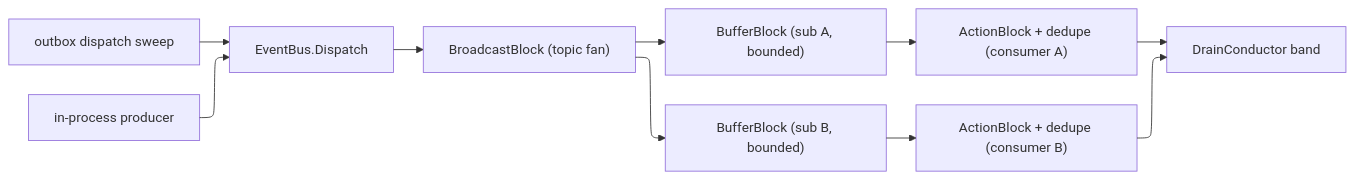
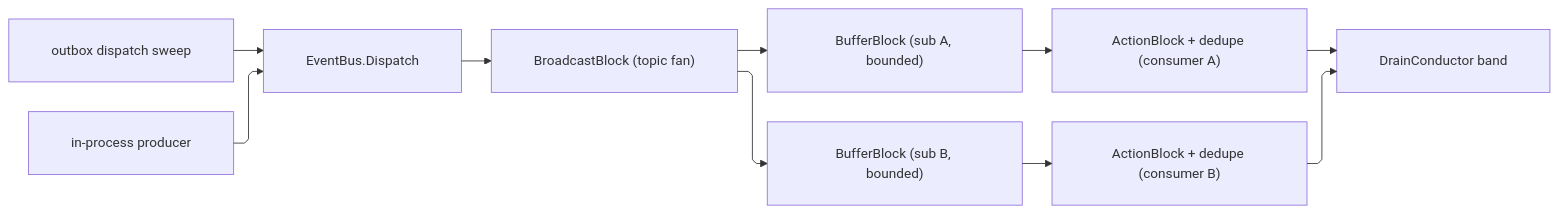
The diagram in libs/csharp/Rasm.AppHost/.planning/Wire/topics.md (bsamiee/Rasm), drawn with Mermaid before and after one commit. The commit also changed 66 other files, not shown here.

Commit message:
Pad the ELK config block onto every mermaid spec-sheet fence

````diff
--- a/libs/csharp/Rasm.AppHost/.planning/Wire/topics.md
+++ b/libs/csharp/Rasm.AppHost/.planning/Wire/topics.md
@@ -162,18 +162,21 @@
 ```mermaid
 ---
 config:
   layout: elk
+  flowchart:
+    curve: linear
+    padding: 25
 ---
 flowchart LR
     accTitle: One topic fan, bounded subscriptions, one drain
     accDescr: A DomainEvent posts to the topic BroadcastBlock fan; each subscription is a bounded BufferBlock feeding an ActionBlock consumer with dedupe; the outbox dispatch sweep and in-process producers both publish through EventBus.Dispatch; the bus drains under the runtime conductor.
     Sweep["outbox dispatch sweep"] --> Dispatch
     Producer["in-process producer"] --> Dispatch
     Dispatch["EventBus.Dispatch"] --> Fan["BroadcastBlock (topic fan)"]
     Fan --> Buf1["BufferBlock (sub A, bounded)"]
     Fan --> Buf2["BufferBlock (sub B, bounded)"]
     Buf1 --> Act1["ActionBlock + dedupe (consumer A)"]
     Buf2 --> Act2["ActionBlock + dedupe (consumer B)"]
     Act1 --> Drain["DrainConductor band"]
     Act2 --> Drain
 ```
````
